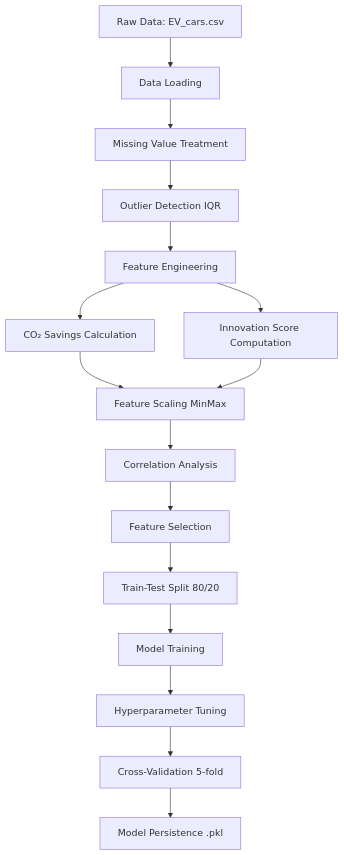
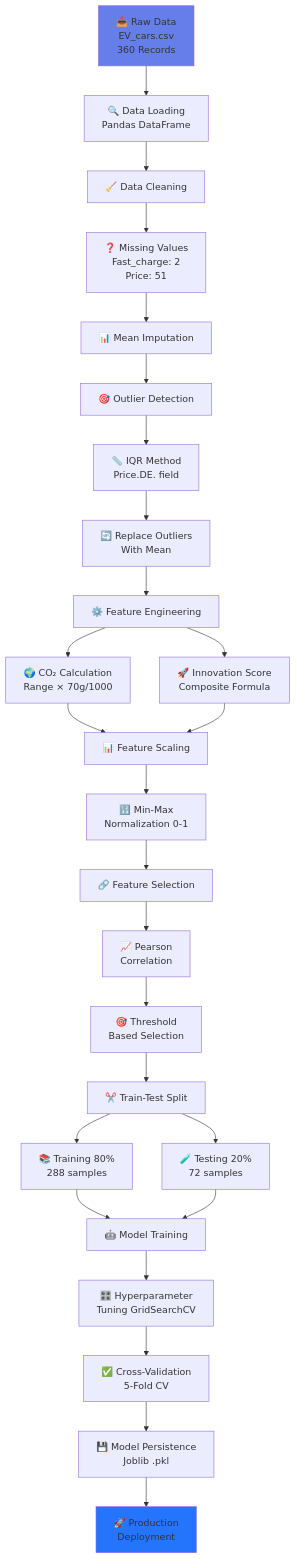
One commit to RaGaS958/EV_aulate changed the ninth of 15 diagrams in README.md. Above: the diagram before and after it, drawn with Mermaid. The commit also changed other lines of this file, not shown here.

````diff
--- a/README.md
+++ b/README.md
@@ -375,18 +717,40 @@
 ```mermaid
 graph TD
-    A[Raw Data: EV_cars.csv] --> B[Data Loading]
-    B --> C[Missing Value Treatment]
-    C --> D[Outlier Detection IQR]
-    D --> E[Feature Engineering]
-    E --> F[CO₂ Savings Calculation]
-    E --> G[Innovation Score Computation]
-    F --> H[Feature Scaling MinMax]
-    G --> H
-    H --> I[Correlation Analysis]
-    I --> J[Feature Selection]
-    J --> K[Train-Test Split 80/20]
-    K --> L[Model Training]
-    L --> M[Hyperparameter Tuning]
-    M --> N[Cross-Validation 5-fold]
-    N --> O[Model Persistence .pkl]
+    A[📥 Raw Data<br/>EV_cars.csv<br/>360 Records] --> B[🔍 Data Loading<br/>Pandas DataFrame]
+    
+    B --> C[🧹 Data Cleaning]
+    C --> D[❓ Missing Values<br/>Fast_charge: 2<br/>Price: 51]
+    D --> E[📊 Mean Imputation]
+    
+    E --> F[🎯 Outlier Detection]
+    F --> G[📏 IQR Method<br/>Price.DE. field]
+    G --> H[🔄 Replace Outliers<br/>With Mean]
+    
+    H --> I[⚙️ Feature Engineering]
+    I --> J[🌍 CO₂ Calculation<br/>Range × 70g/1000]
+    I --> K[🚀 Innovation Score<br/>Composite Formula]
+    
+    J --> L[📊 Feature Scaling]
+    K --> L
+    L --> M[🔢 Min-Max<br/>Normalization 0-1]
+    
+    M --> N[🔗 Feature Selection]
+    N --> O[📈 Pearson<br/>Correlation]
+    O --> P[🎯 Threshold<br/>Based Selection]
+    
+    P --> Q[✂️ Train-Test Split]
+    Q --> R[📚 Training 80%<br/>288 samples]
+    Q --> S[🧪 Testing 20%<br/>72 samples]
+    
+    R --> T[🤖 Model Training]
+    S --> T
+    T --> U[🎛️ Hyperparameter<br/>Tuning GridSearchCV]
+    
+    U --> V[✅ Cross-Validation<br/>5-Fold CV]
+    V --> W[💾 Model Persistence<br/>Joblib .pkl]
+    
+    W --> X[🚀 Production<br/>Deployment]
+    
+    style A fill:#667eea
+    style X fill:#2575fc
 ```
````
